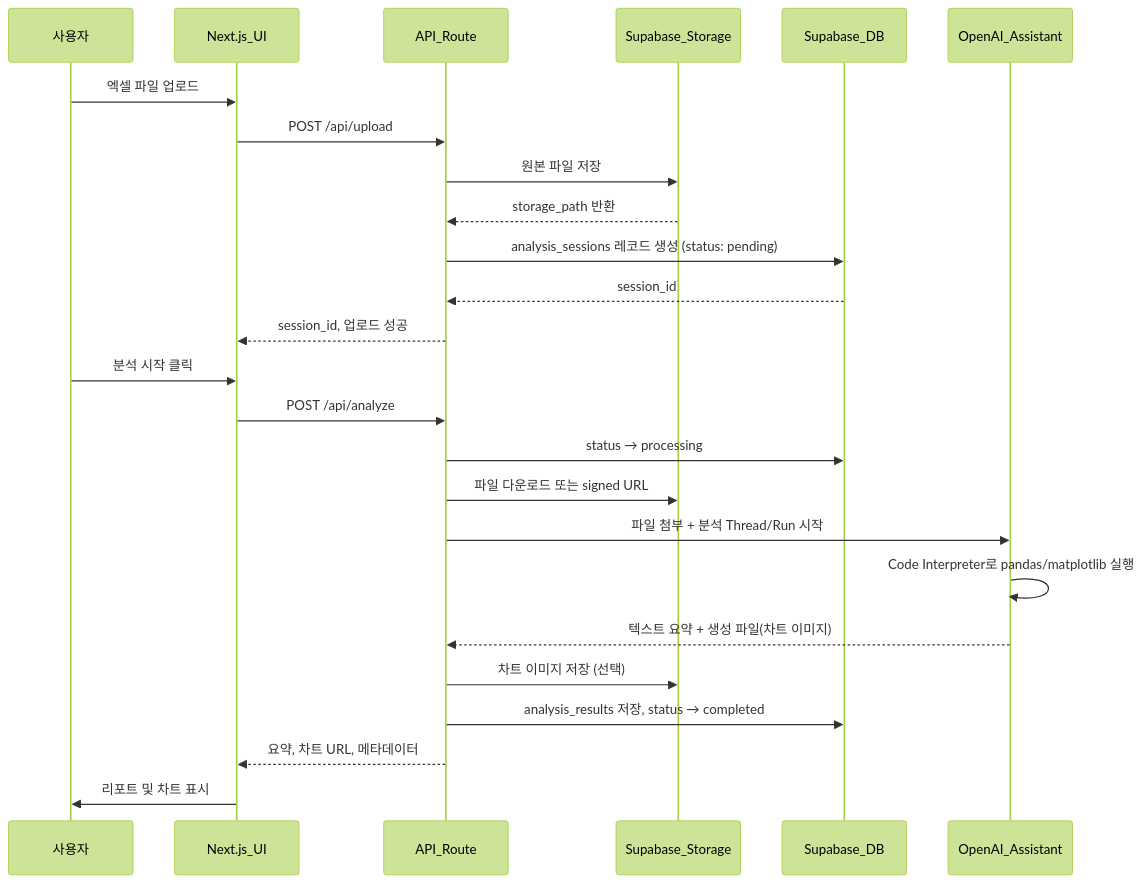
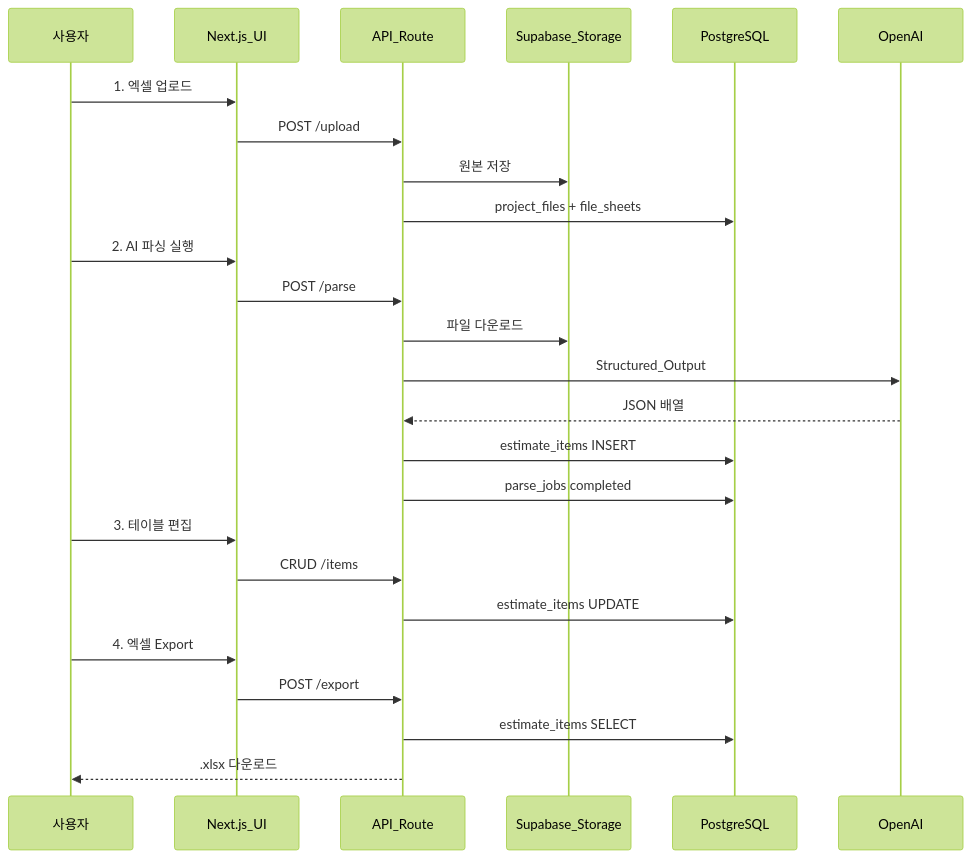
One commit to DevCoreDXI76/excel-analysis changed the second of 2 diagrams in docs/01_system_architecture.md. Above: the diagram before and after it, drawn with Mermaid (forest theme). The commit also changed other lines of this file and 41 other files, not shown here.

First line of the commit message:
feat: v2 Structured Output parsing, table CRUD, export, and meeting room fields

````diff
--- a/docs/01_system_architecture.md
+++ b/docs/01_system_architecture.md
@@ -121,29 +109,31 @@
 ```mermaid
 sequenceDiagram
-  participant U as 사용자
-  participant FE as Next.js_UI
+  participant User as 사용자
+  participant UI as Next.js_UI
   participant API as API_Route
   participant ST as Supabase_Storage
-  participant DB as Supabase_DB
-  participant AI as OpenAI_Assistant
+  participant DB as PostgreSQL
+  participant OAI as OpenAI
 
-  U->>FE: 엑셀 파일 업로드
-  FE->>API: POST /api/upload
-  API->>ST: 원본 파일 저장
-  ST-->>API: storage_path 반환
-  API->>DB: analysis_sessions 레코드 생성 (status: pending)
-  DB-->>API: session_id
-  API-->>FE: session_id, 업로드 성공
+  User->>UI: 1. 엑셀 업로드
+  UI->>API: POST /upload
+  API->>ST: 원본 저장
+  API->>DB: project_files + file_sheets
 
-  U->>FE: 분석 시작 클릭
-  FE->>API: POST /api/analyze
-  API->>DB: status → processing
-  API->>ST: 파일 다운로드 또는 signed URL
-  API->>AI: 파일 첨부 + 분석 Thread/Run 시작
-  AI->>AI: Code Interpreter로 pandas/matplotlib 실행
-  AI-->>API: 텍스트 요약 + 생성 파일(차트 이미지)
-  API->>ST: 차트 이미지 저장 (선택)
-  API->>DB: analysis_results 저장, status → completed
-  API-->>FE: 요약, 차트 URL, 메타데이터
-  FE->>U: 리포트 및 차트 표시
+  User->>UI: 2. AI 파싱 실행
+  UI->>API: POST /parse
+  API->>ST: 파일 다운로드
+  API->>OAI: Structured_Output
+  OAI-->>API: JSON 배열
+  API->>DB: estimate_items INSERT
+  API->>DB: parse_jobs completed
+
+  User->>UI: 3. 테이블 편집
+  UI->>API: CRUD /items
+  API->>DB: estimate_items UPDATE
+
+  User->>UI: 4. 엑셀 Export
+  UI->>API: POST /export
+  API->>DB: estimate_items SELECT
+  API-->>User: .xlsx 다운로드
 ```
````
